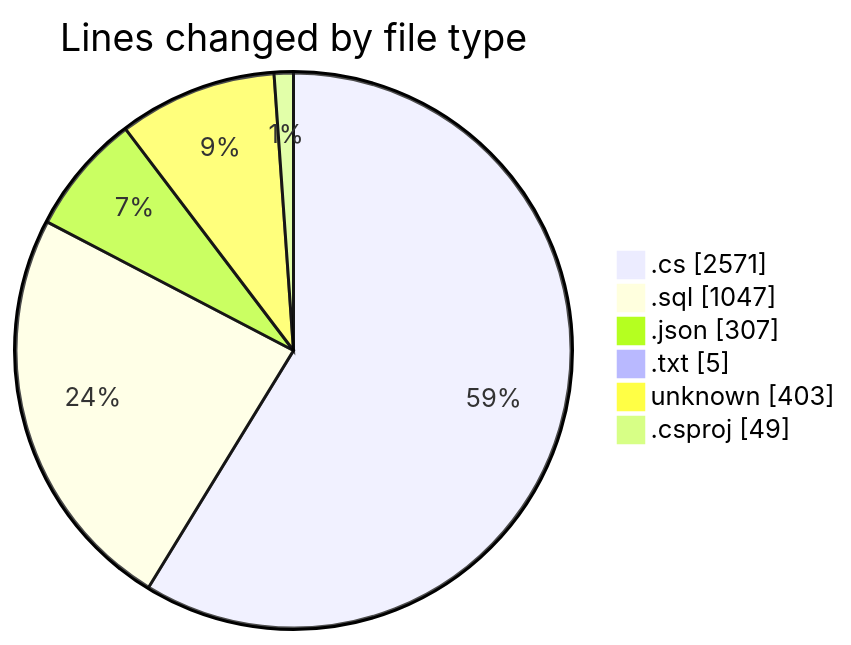
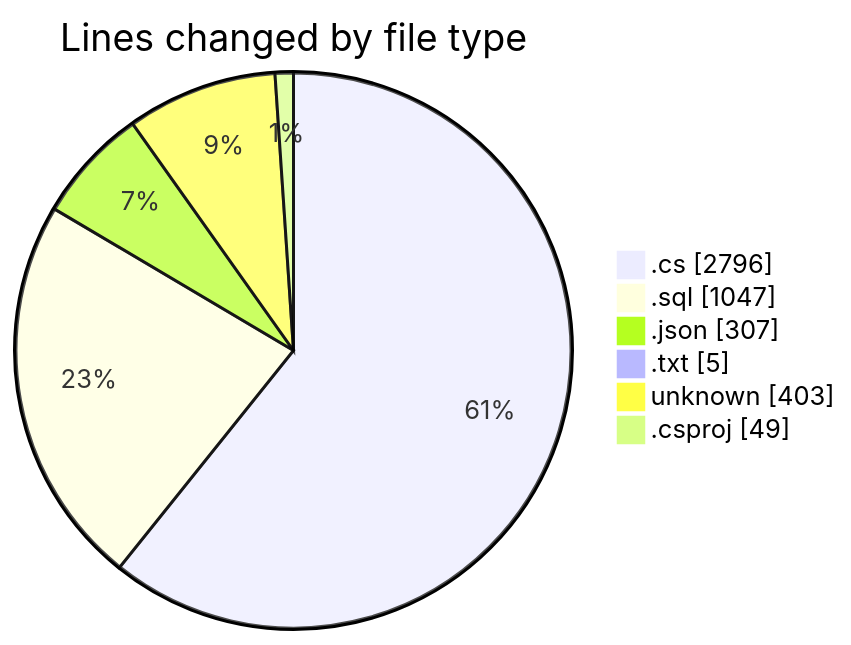
Before and after one commit to Netris89/code-tracking: the first of 2 diagrams in 2025-04-04/back-end/README.md, drawn with Mermaid. The commit also changed other lines of this file and 1 other file, not shown here.

````diff
--- a/2025-04-04/back-end/README.md
+++ b/2025-04-04/back-end/README.md
@@ -38,10 +39,10 @@
 ```mermaid
 pie showData
 title Lines changed by file type
-".cs" : 2571
+".cs" : 2796
 ".sql" : 1047
 ".json" : 307
 ".txt" : 5
 "unknown" : 403
 ".csproj" : 49
 ```
````
